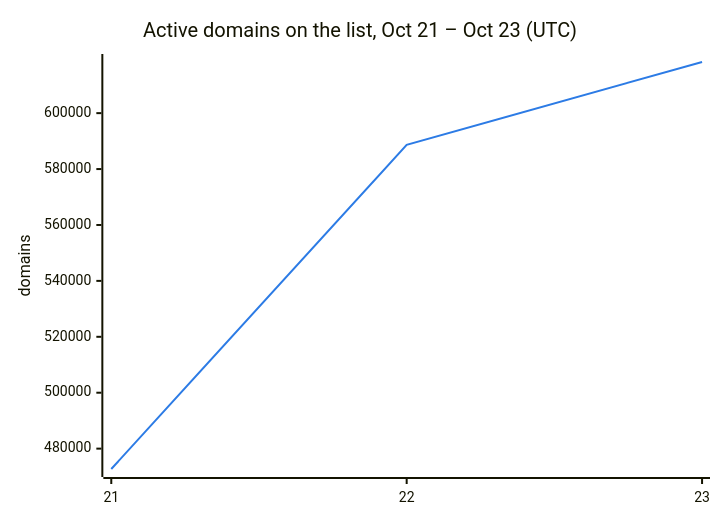
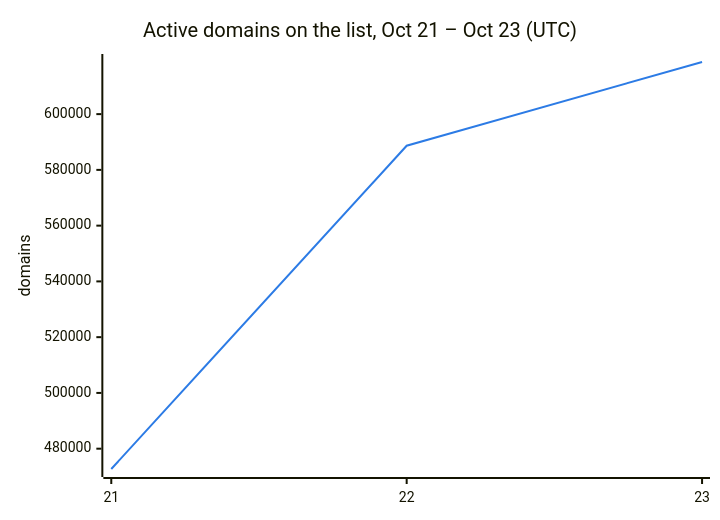
The second of 3 diagrams in README.md (DNSBunker/CTI), drawn with Mermaid before and after one commit. The commit also changed other lines of this file and 3 other files, not shown here.

````diff
--- a/README.md
+++ b/README.md
@@ -38,8 +38,8 @@
 ```mermaid
 %%{init: {"themeVariables": {"xyChart": {"plotColorPalette": "#2c7be5"}}}}%%
 xychart-beta
     title "Active domains on the list, Oct 21 – Oct 23 (UTC)"
     x-axis ["21", "22", "23"]
     y-axis "domains"
-    line [472713, 588659, 618293]
+    line [472713, 588659, 618695]
 ```
````
